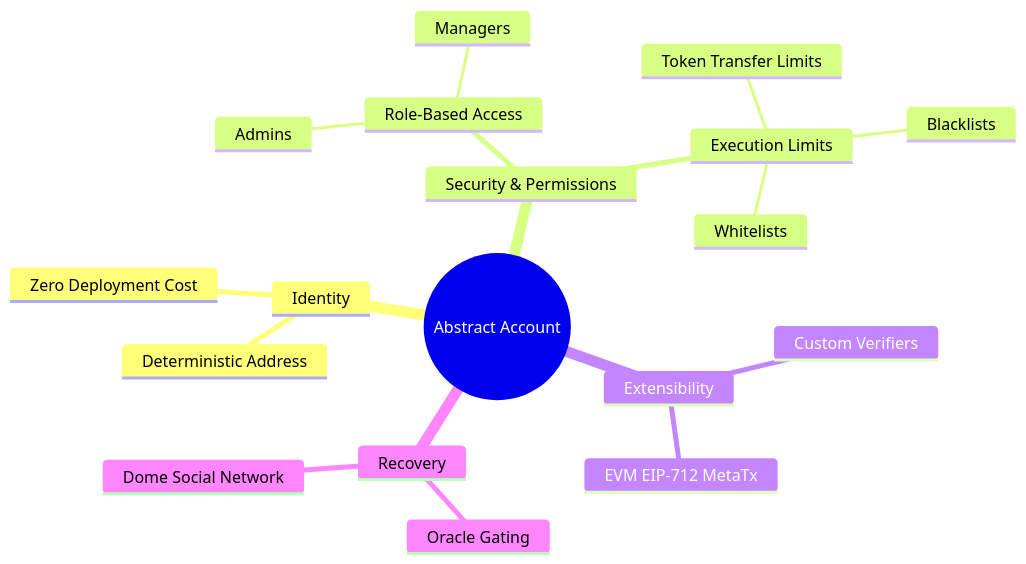
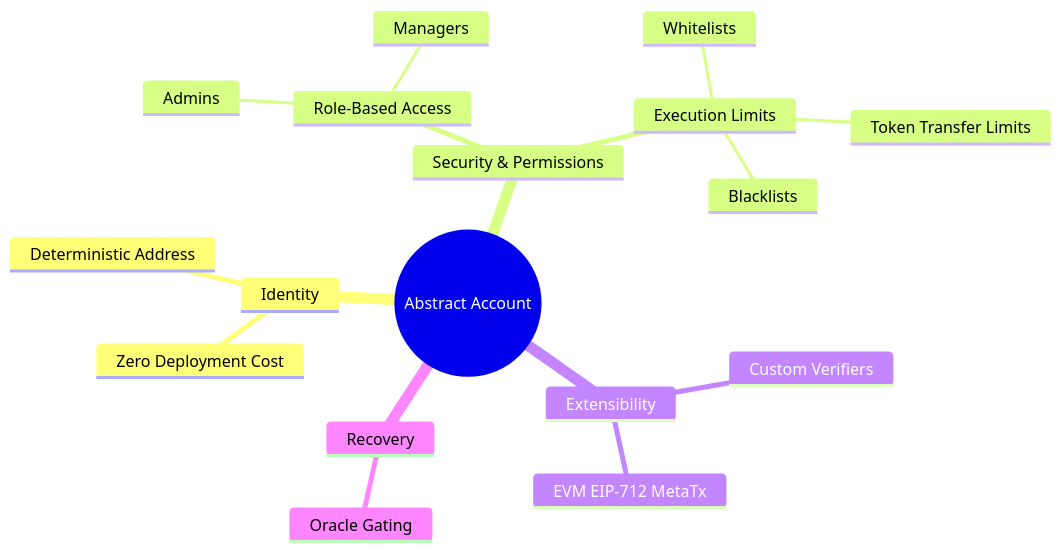
The diagram in frontend/src/assets/docs/overview.md (r3e-network/neo-abstract-account), drawn with Mermaid before and after one commit. The commit also changed other lines of this file and 31 other files, not shown here.

````diff
--- a/frontend/src/assets/docs/overview.md
+++ b/frontend/src/assets/docs/overview.md
@@ -7,21 +7,20 @@
 ```mermaid
 mindmap
   root((Abstract Account))
     Identity
       Deterministic Address
       Zero Deployment Cost
     Security & Permissions
       Role-Based Access
         Admins
         Managers
       Execution Limits
         Whitelists
         Blacklists
         Token Transfer Limits
     Extensibility
       Custom Verifiers
       EVM EIP-712 MetaTx
     Recovery
-      Dome Social Network
       Oracle Gating
 ```
````
